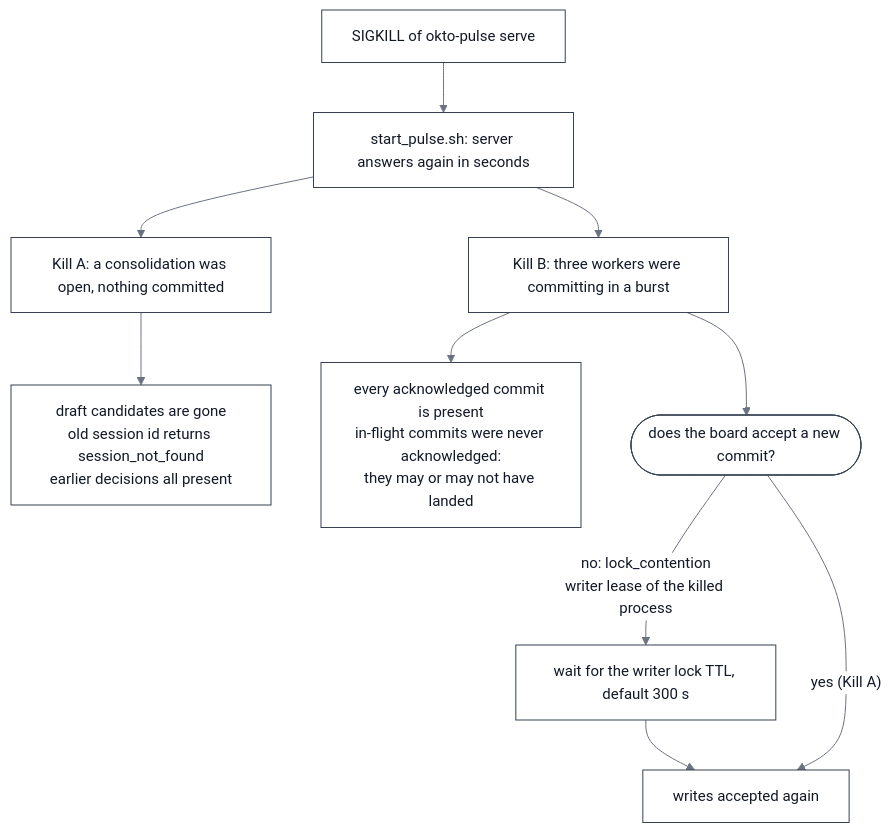
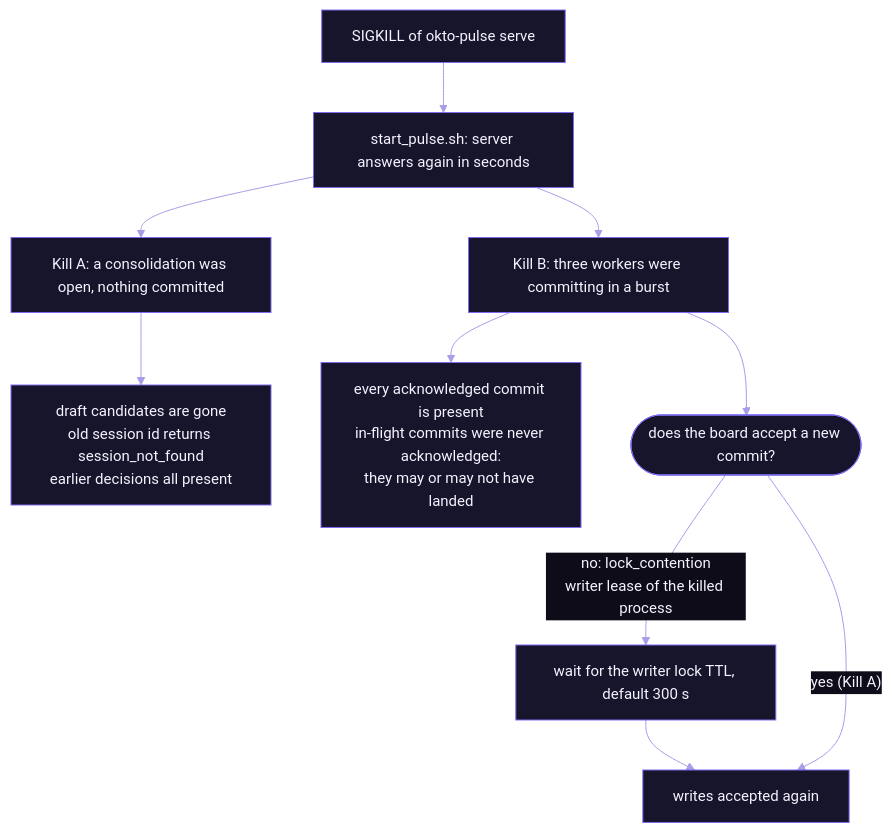
The third of 4 diagrams in docs/how-it-works.md (Infrasity-Labs/pulse-grafx-decision-memory), drawn with Mermaid before and after one commit. The commit also changed other lines of this file and 4 other files, not shown here.

First line of the commit message:
Show prompts for the ten steps; recolor architecture diagram and mermaid theme to match the banner

````diff
--- a/docs/how-it-works.md
+++ b/docs/how-it-works.md
@@ -110,13 +110,13 @@
 ```mermaid
-%%{init: {"theme":"base","themeVariables":{"fontFamily":"Helvetica, Arial, sans-serif","fontSize":"15px","primaryColor":"#ffffff","primaryTextColor":"#111827","primaryBorderColor":"#374151","lineColor":"#6b7280","secondaryColor":"#f3f4f6","secondaryTextColor":"#111827","secondaryBorderColor":"#6b7280","tertiaryColor":"#f9fafb","tertiaryTextColor":"#111827","tertiaryBorderColor":"#9ca3af","mainBkg":"#ffffff","nodeBorder":"#374151","nodeTextColor":"#111827","clusterBkg":"#f9fafb","clusterBorder":"#9ca3af","titleColor":"#111827","edgeLabelBackground":"#ffffff","textColor":"#6b7280","noteBkgColor":"#f3f4f6","noteTextColor":"#111827","noteBorderColor":"#6b7280","actorBkg":"#ffffff","actorBorder":"#374151","actorTextColor":"#111827","actorLineColor":"#9ca3af","signalColor":"#6b7280","signalTextColor":"#6b7280","labelBoxBkgColor":"#f3f4f6","labelBoxBorderColor":"#6b7280","labelTextColor":"#111827","loopTextColor":"#6b7280","sequenceNumberColor":"#ffffff","pie1":"#2563eb","pie2":"#6b7280","pie3":"#16a34a","pie4":"#d97706","pie5":"#dc2626","pie6":"#0891b2","pie7":"#4b5563","pie8":"#93c5fd","pie9":"#9ca3af","pieTitleTextSize":"20px","pieTitleTextColor":"#6b7280","pieSectionTextColor":"#ffffff","pieLegendTextColor":"#6b7280","pieStrokeColor":"#ffffff","pieStrokeWidth":"2px","pieOuterStrokeColor":"#d1d5db","pieOuterStrokeWidth":"2px","pieOpacity":"0.95"}}}%%
+%%{init: {"theme":"base","themeVariables":{"fontFamily":"Helvetica, Arial, sans-serif","fontSize":"15px","primaryColor":"#17152b","primaryTextColor":"#f5f3ff","primaryBorderColor":"#7c6cf0","lineColor":"#a79de8","secondaryColor":"#1d1a38","secondaryTextColor":"#f5f3ff","secondaryBorderColor":"#8b7cf6","tertiaryColor":"#100f1e","tertiaryTextColor":"#f5f3ff","tertiaryBorderColor":"#4a4380","mainBkg":"#17152b","nodeBorder":"#7c6cf0","nodeTextColor":"#f5f3ff","clusterBkg":"#100f1e","clusterBorder":"#4a4380","titleColor":"#c4b5fd","edgeLabelBackground":"#0d0c18","textColor":"#b3add9","noteBkgColor":"#1d1a38","noteTextColor":"#f5f3ff","noteBorderColor":"#8b7cf6","actorBkg":"#17152b","actorBorder":"#7c6cf0","actorTextColor":"#f5f3ff","actorLineColor":"#4a4380","signalColor":"#a79de8","signalTextColor":"#b3add9","labelBoxBkgColor":"#1d1a38","labelBoxBorderColor":"#4a4380","labelTextColor":"#f5f3ff","loopTextColor":"#b3add9","sequenceNumberColor":"#0a0b10","pie1":"#8b7cf6","pie2":"#c4b5fd","pie3":"#6d5ae0","pie4":"#a78bfa","pie5":"#5b3fd1","pie6":"#d8ccff","pie7":"#7c6cf0","pie8":"#9b8ce8","pie9":"#4a3aa8","pieTitleTextSize":"20px","pieTitleTextColor":"#b3add9","pieSectionTextColor":"#0a0b10","pieLegendTextColor":"#b3add9","pieStrokeColor":"#0d0c18","pieStrokeWidth":"2px","pieOuterStrokeColor":"#4a4380","pieOuterStrokeWidth":"2px","pieOpacity":"0.95"}}}%%
 flowchart TD
     K["SIGKILL of okto-pulse serve"] --> R["start_pulse.sh: server answers again in seconds"]
     R --> A["Kill A: a consolidation was open, nothing committed"]
     R --> B["Kill B: three workers were committing in a burst"]
     A --> A1["draft candidates are gone<br/>old session id returns session_not_found<br/>earlier decisions all present"]
     B --> B1["every acknowledged commit is present<br/>in-flight commits were never acknowledged:<br/>they may or may not have landed"]
     B --> B2(["does the board accept a new commit?"])
     B2 -- "no: lock_contention<br/>writer lease of the killed process" --> B3["wait for the writer lock TTL, default 300 s"]
     B3 --> B4["writes accepted again"]
     B2 -- "yes (Kill A)" --> B4
 ```
````
